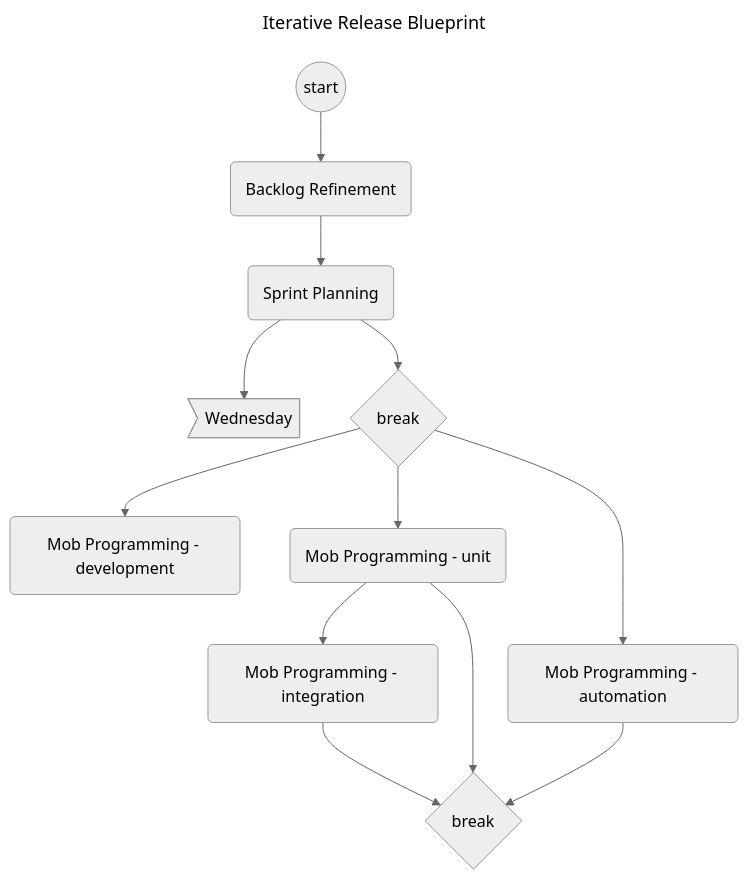
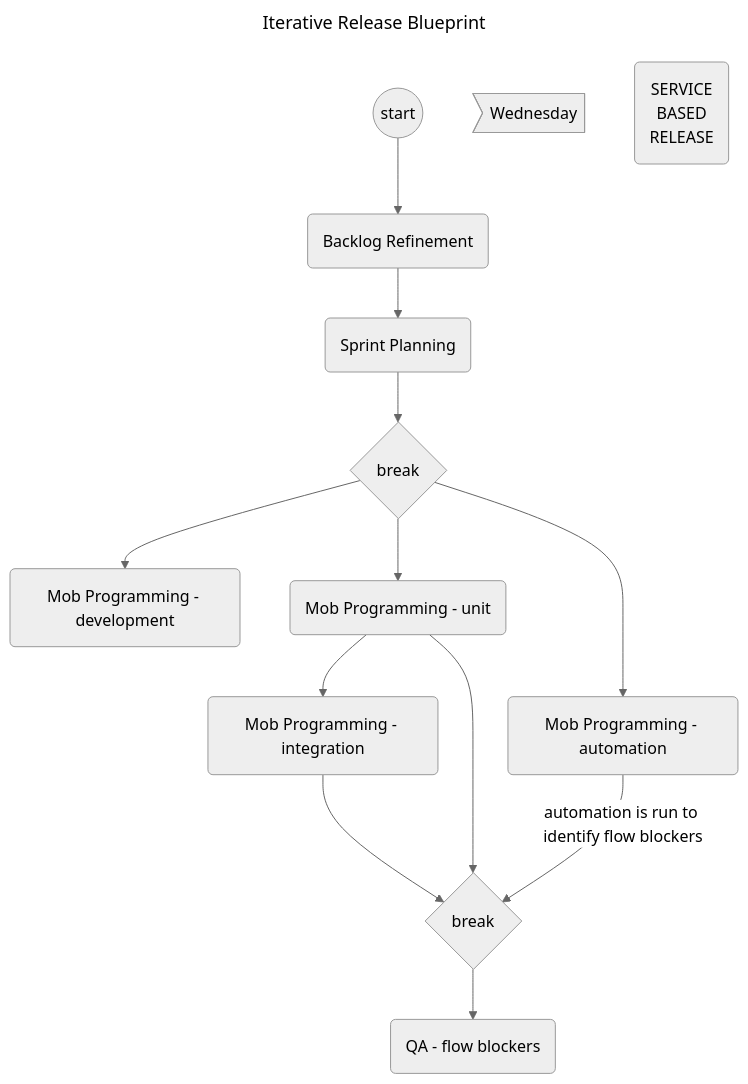
Before and after one commit to jessicahirsch/Mermaid-Diagrams: the diagram in diagrams/diagram3.mmd, drawn with Mermaid (neutral theme).

Commit message:
feat(diagram3): Service Based Release block

```diff
--- a/diagrams/diagram3.mmd
+++ b/diagrams/diagram3.mmd
@@ -1,20 +1,27 @@
 ---
 title: Iterative Release Blueprint
 ---
 
 flowchart TD
 
 id1((start))-->A(Backlog Refinement)
 A(Backlog Refinement)-->B(Sprint Planning)
 
-B(Sprint Planning)-->id2>Wednesday]
+id2>Wednesday]
+B(Sprint Planning)
 
 B(Sprint Planning)-->id3{break}
 
 id3{break}-->C(Mob Programming - development)
 id3{break}-->D(Mob Programming - unit)-->F(Mob Programming - integration)
 id3{break}-->E(Mob Programming - automation)
 
 D(Mob Programming - unit)-->id4{break}
-E(Mob Programming - automation)-->id4{break}
+E(Mob Programming - automation)-->|automation is run to identify flow blockers|id4{break}
 F(Mob Programming - integration)-->id4{break}
+
+id4{break}-->G(QA - flow blockers)
+
+X(SERVICE
+BASED
+RELEASE)
```
